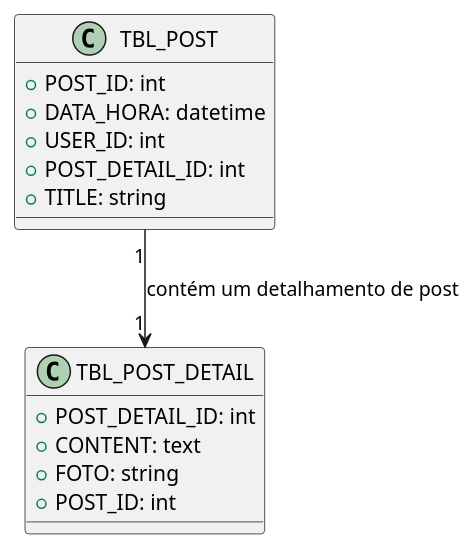
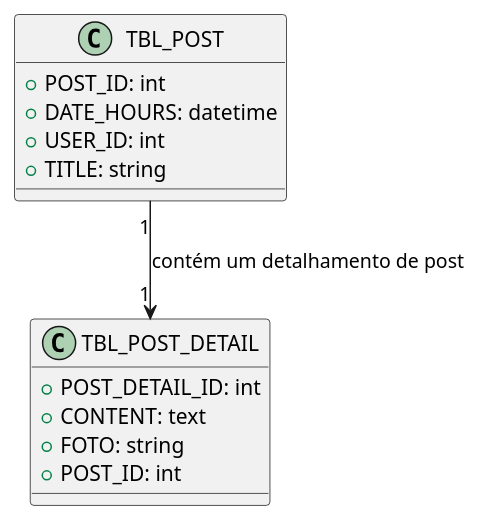
Before and after one commit to gabrielfilipy/archcode-portal: the diagram in api/view/public/arch/diagrams/blog.puml, drawn with PlantUML. The commit also changed 21 other files, not shown here.

```diff
--- a/api/view/public/arch/diagrams/blog.puml
+++ b/api/view/public/arch/diagrams/blog.puml
@@ -1,18 +1,17 @@
 @startuml
 class TBL_POST {
     +POST_ID: int
-    +DATA_HORA: datetime
+    +DATE_HOURS: datetime
     +USER_ID: int
-    +POST_DETAIL_ID: int
     +TITLE: string
 }
 
 class TBL_POST_DETAIL {
     +POST_DETAIL_ID: int
     +CONTENT: text
     +FOTO: string
     +POST_ID: int
 }
 
 TBL_POST "1" --> "1" TBL_POST_DETAIL : contém um detalhamento de post
 @enduml
```
